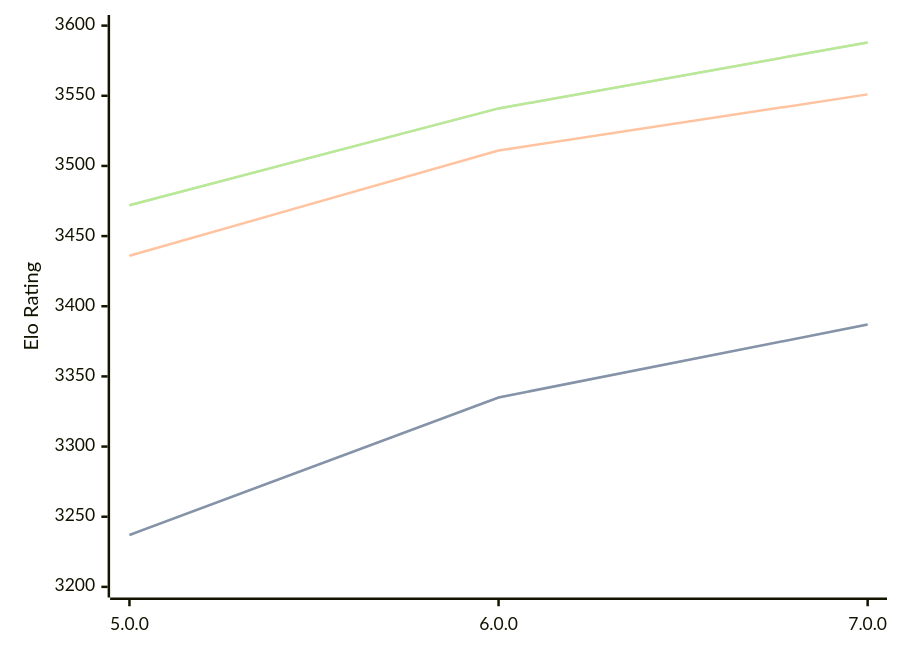
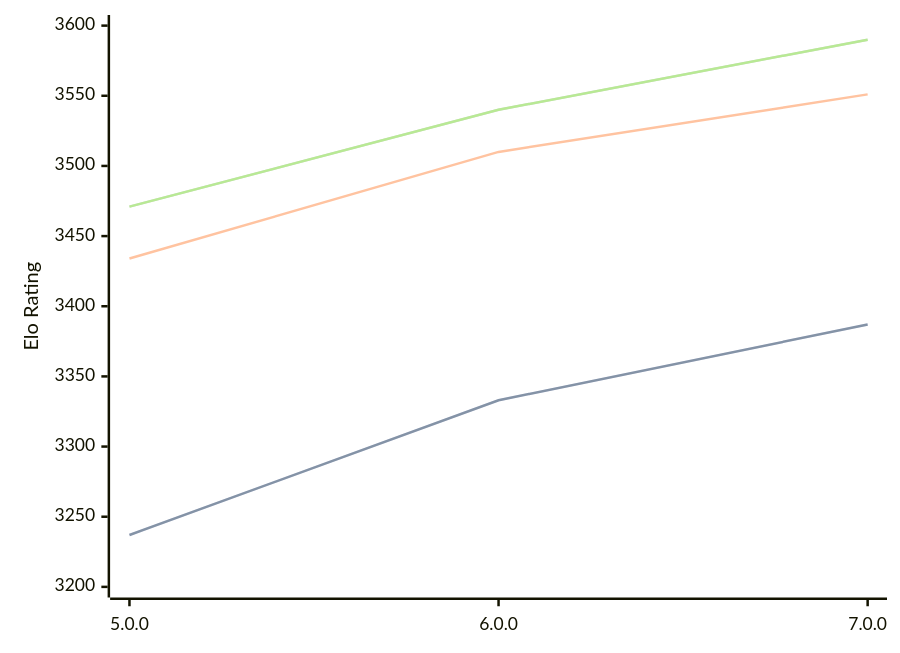
The diagram in engines/Stormphrax.md (computer-chess-index/cci), drawn with Mermaid before and after one commit. The commit also changed other lines of this file, not shown here.

Commit message:
Update CCI Ratings (ELO VLTC) - 2026-03-12

````diff
--- a/engines/Stormphrax.md
+++ b/engines/Stormphrax.md
@@ -36,11 +36,11 @@
 ```mermaid
 %%{init: {"theme":"base","themeVariables":{"seriesColors:['#a3a3a3','#222221','#faa371']}}}%%
 xychart-beta
   x-axis ["5.0.0", "6.0.0", "7.0.0"]
   y-axis "Elo Rating" 3200 --> 3600
-  line "STC (8.0+0.08s)" [3237, 3335, 3387]
-  line "STC (8.0+0.08s)" [3237, 3335, 3387]
-  line "LTC (60.0+0.60s)" [3436, 3511, 3551]
-  line "VLTC (2m24s+1.12s)" [3472, 3541, 3588]
-  line "VLTC (2m24s+1.12s)" [3472, 3541, 3588]
+  line "STC (8.0+0.08s)" [3237, 3333, 3387]
+  line "STC (8.0+0.08s)" [3237, 3333, 3387]
+  line "LTC (60.0+0.60s)" [3434, 3510, 3551]
+  line "VLTC (2m24s+1.12s)" [3471, 3540, 3590]
+  line "VLTC (2m24s+1.12s)" [3471, 3540, 3590]
 ```
````
